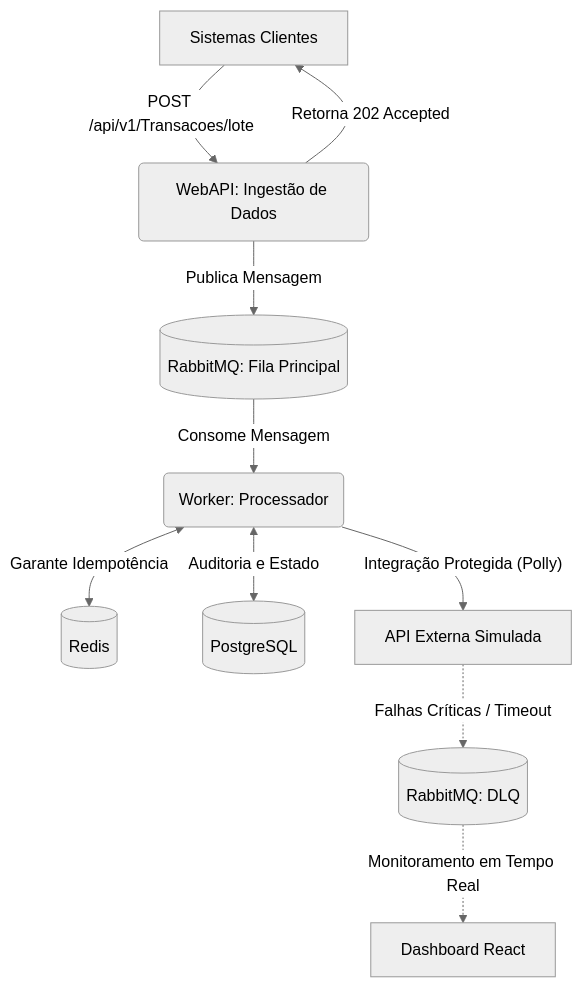
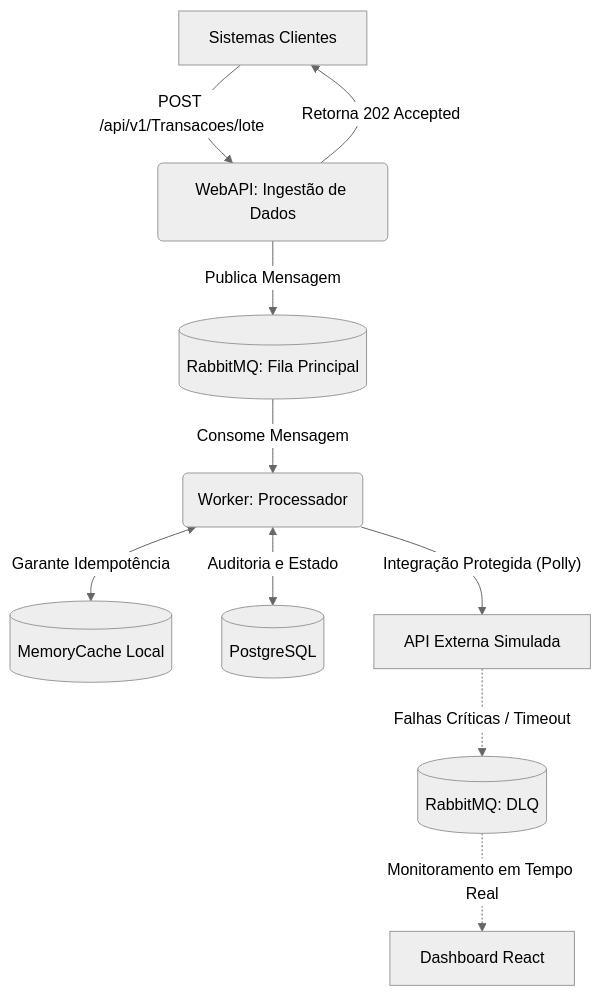
Before and after one commit to gstxn/fiscalmiddlewaredashboard: the diagram in README.md, drawn with Mermaid (neutral theme). The commit also changed 2 other files, not shown here.

Commit message:
docs: update README architecture to reflect MemoryCache

````diff
--- a/README.md
+++ b/README.md
@@ -18,12 +18,12 @@
 ```mermaid
 graph TD
     A["Sistemas Clientes"] -->|"POST /api/v1/Transacoes/lote"| B("WebAPI: Ingestão de Dados")
     B -->|"Retorna 202 Accepted"| A
     B -->|"Publica Mensagem"| C[("RabbitMQ: Fila Principal")]
     C -->|"Consome Mensagem"| D("Worker: Processador")
-    D <-->|"Garante Idempotência"| E[("Redis")]
+    D <-->|"Garante Idempotência"| E[("MemoryCache Local")]
     D <-->|"Auditoria e Estado"| F[("PostgreSQL")]
     D -->|"Integração Protegida (Polly)"| G["API Externa Simulada"]
     G -.->|"Falhas Críticas / Timeout"| H[("RabbitMQ: DLQ")]
     H -.->|"Monitoramento em Tempo Real"| I["Dashboard React"]
 ```
````
